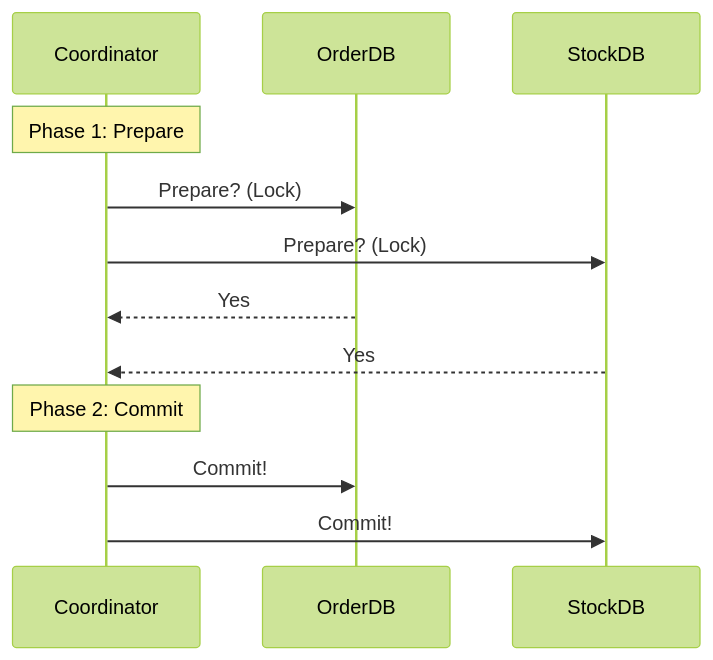
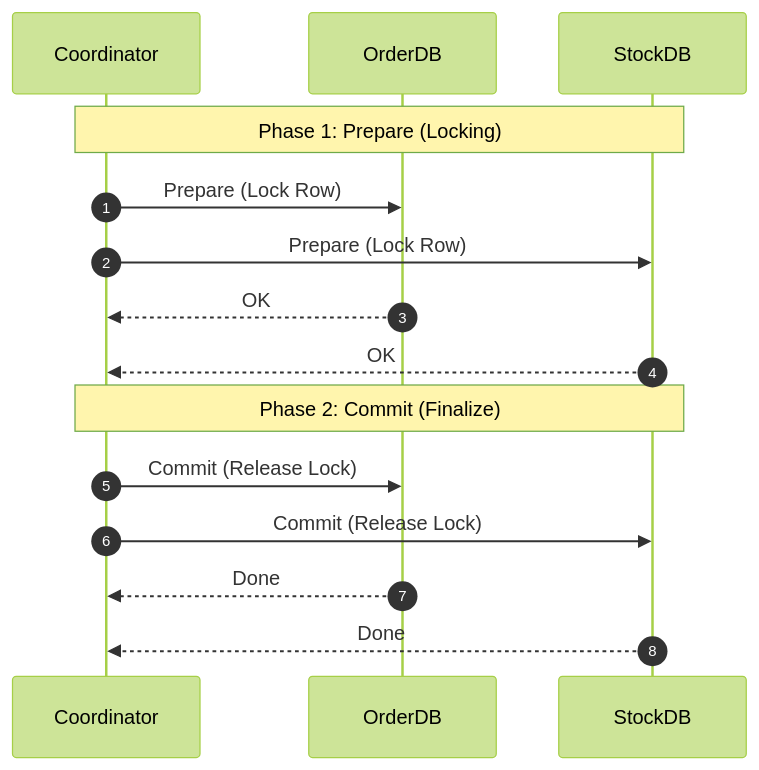
Before and after one commit to jyukki97/study-blog: the second of 4 diagrams in content/learning/deep-dive/deep-dive-distributed-transactions.md, drawn with Mermaid (forest theme). The commit also changed other lines of this file and 85 other files, not shown here.

````diff
--- a/content/learning/deep-dive/deep-dive-distributed-transactions.md
+++ b/content/learning/deep-dive/deep-dive-distributed-transactions.md
@@ -42,16 +42,19 @@
 ```mermaid
 sequenceDiagram
-    participant Coordinator
-    participant OrderDB
-    participant StockDB
+    autonumber
+    participant Coord as Coordinator
+    participant DB1 as OrderDB
+    participant DB2 as StockDB
     
-    Note over Coordinator: Phase 1: Prepare
-    Coordinator->>OrderDB: Prepare? (Lock)
-    Coordinator->>StockDB: Prepare? (Lock)
-    OrderDB-->>Coordinator: Yes
-    StockDB-->>Coordinator: Yes
+    Note over Coord, DB2: Phase 1: Prepare (Locking)
+    Coord->>DB1: Prepare (Lock Row)
+    Coord->>DB2: Prepare (Lock Row)
+    DB1-->>Coord: OK
+    DB2-->>Coord: OK
     
-    Note over Coordinator: Phase 2: Commit
-    Coordinator->>OrderDB: Commit!
-    Coordinator->>StockDB: Commit!
+    Note over Coord, DB2: Phase 2: Commit (Finalize)
+    Coord->>DB1: Commit (Release Lock)
+    Coord->>DB2: Commit (Release Lock)
+    DB1-->>Coord: Done
+    DB2-->>Coord: Done
 ```
````
